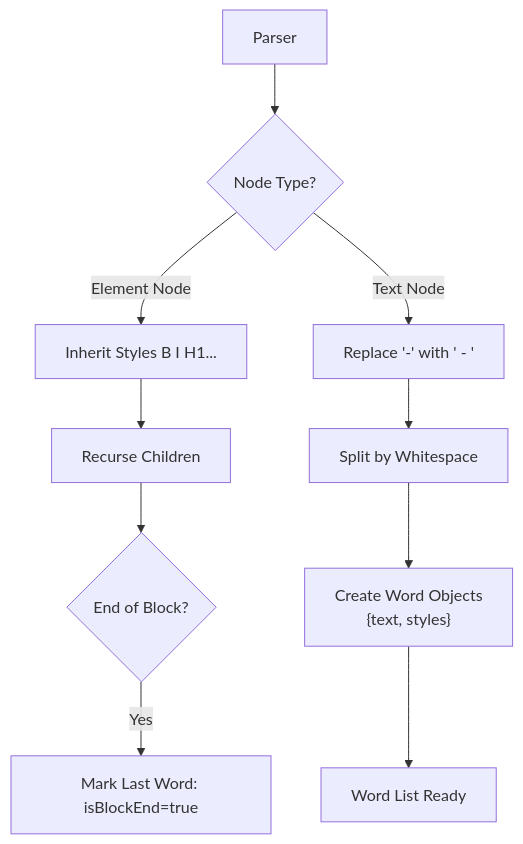
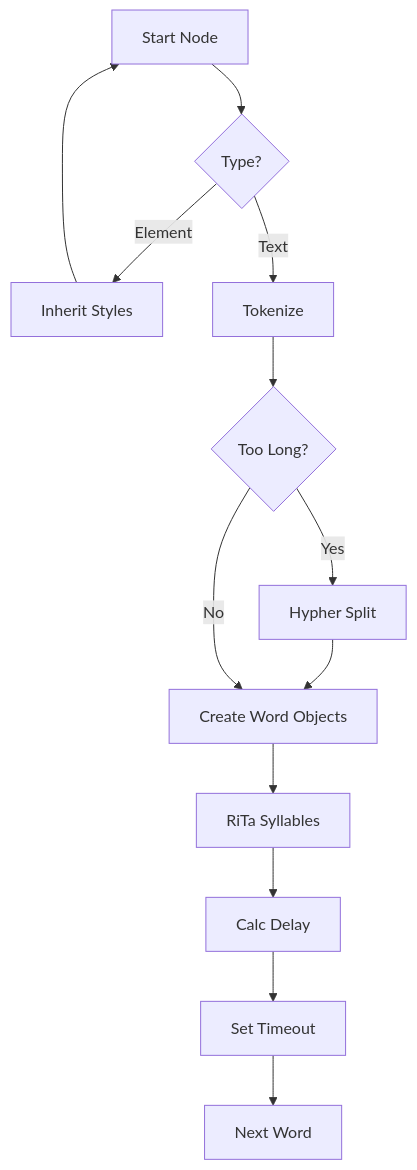
The second of 2 diagrams in RSVP_ALGORITHM.md (rajeshsatpathy1/SpeedReader), drawn with Mermaid before and after one commit. The commit also changed other lines of this file and 8 other files, not shown here.

````diff
--- a/RSVP_ALGORITHM.md
+++ b/RSVP_ALGORITHM.md
@@ -62,15 +38,13 @@
 ``` mermaid
 flowchart TD;
-    Parser --> CheckNode{Node Type?}
-    
-    CheckNode -- Element Node --> CaptureStyle[Inherit Styles B I H1...]
-    CaptureStyle --> Recurse[Recurse Children]
-    Recurse --> CheckBlockEnd{End of Block?}
-    CheckBlockEnd -- Yes --> MarkFlag[Mark Last Word: isBlockEnd=true]
-    
-    CheckNode -- Text Node --> SplitHyphens["Replace '-' with ' - '"]
-    SplitHyphens --> Tokenize[Split by Whitespace]
-    Tokenize --> CreateObjects["Create Word Objects<br/>{text, styles}"]
-    CreateObjects --> WordList[Word List Ready]
-
+    A[Start Node] --> B{Type?}
+    B -- Element --> C[Inherit Styles] --> A
+    B -- Text --> D[Tokenize]
+    D --> E{Too Long?}
+    E -- Yes --> F[Hypher Split] --> G[Create Word Objects]
+    E -- No --> G
+    G --> H[RiTa Syllables]
+    H --> I[Calc Delay]
+    I --> J[Set Timeout]
+    J --> K[Next Word]
 ```
````
